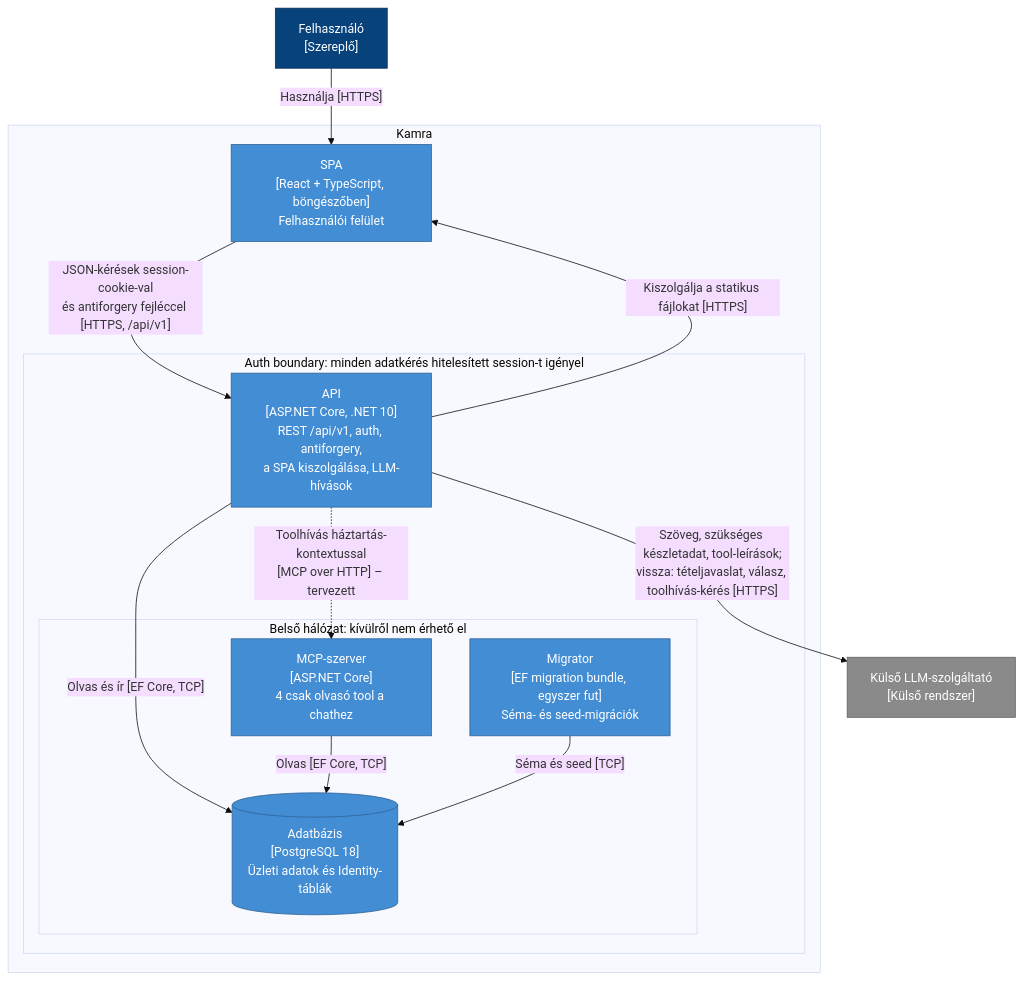
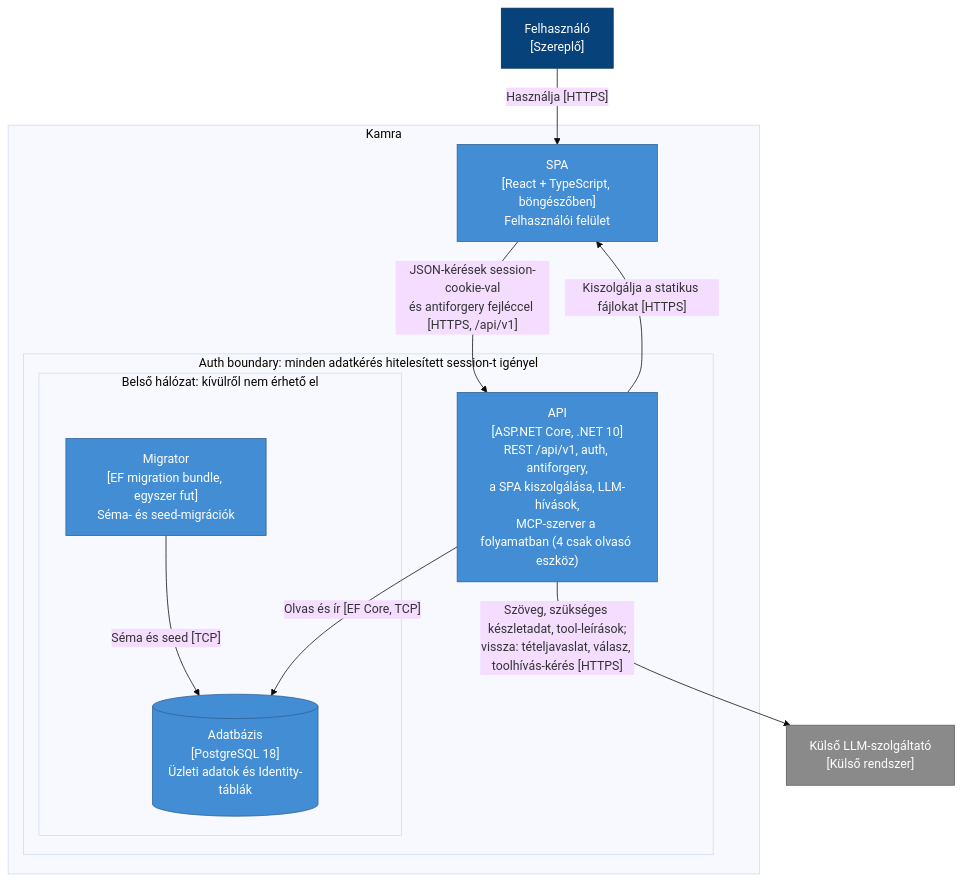
The second of 3 diagrams in docs/02_architecture/c4_context_container.md (toldor/kamra), drawn with Mermaid (base theme) before and after one commit. The commit also changed other lines of this file and 24 other files, not shown here.

````diff
--- a/docs/02_architecture/c4_context_container.md
+++ b/docs/02_architecture/c4_context_container.md
@@ -44,33 +44,30 @@
 ```mermaid
 flowchart TB
     user["Felhasználó<br/>[Szereplő]"]
     llm["Külső LLM-szolgáltató<br/>[Külső rendszer]"]
 
     subgraph kamra["Kamra"]
         spa["SPA<br/>[React + TypeScript, böngészőben]<br/>Felhasználói felület"]
         subgraph server["Auth boundary: minden adatkérés hitelesített session-t igényel"]
-            api["API<br/>[ASP.NET Core, .NET 10]<br/>REST /api/v1, auth, antiforgery,<br/>a SPA kiszolgálása, LLM-hívások"]
+            api["API<br/>[ASP.NET Core, .NET 10]<br/>REST /api/v1, auth, antiforgery,<br/>a SPA kiszolgálása, LLM-hívások,<br/>MCP-szerver a folyamatban (4 csak olvasó eszköz)"]
             subgraph internal["Belső hálózat: kívülről nem érhető el"]
-                mcp["MCP-szerver<br/>[ASP.NET Core]<br/>4 csak olvasó tool a chathez"]
                 mig["Migrator<br/>[EF migration bundle, egyszer fut]<br/>Séma- és seed-migrációk"]
                 db[("Adatbázis<br/>[PostgreSQL 18]<br/>Üzleti adatok és Identity-táblák")]
             end
         end
     end
 
     user -- "Használja [HTTPS]" --> spa
     api -- "Kiszolgálja a statikus fájlokat [HTTPS]" --> spa
     spa -- "JSON-kérések session-cookie-val<br/>és antiforgery fejléccel [HTTPS, /api/v1]" --> api
     api -- "Olvas és ír [EF Core, TCP]" --> db
     api -- "Szöveg, szükséges készletadat, tool-leírások;<br/>vissza: tételjavaslat, válasz, toolhívás-kérés [HTTPS]" --> llm
-    api -. "Toolhívás háztartás-kontextussal<br/>[MCP over HTTP] – tervezett" .-> mcp
-    mcp -- "Olvas [EF Core, TCP]" --> db
     mig -- "Séma és seed [TCP]" --> db
 
     classDef person fill:#08427b,color:#fff,stroke:#052e56
     classDef container fill:#438dd5,color:#fff,stroke:#2e6295
     classDef external fill:#8a8a8a,color:#fff,stroke:#5e5e5e
     class user person
-    class spa,api,mcp,mig,db container
+    class spa,api,mig,db container
     class llm external
 ```
````
